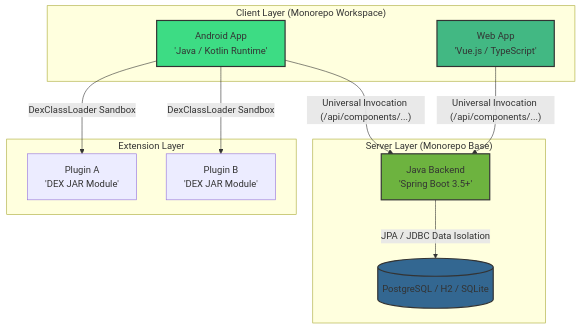
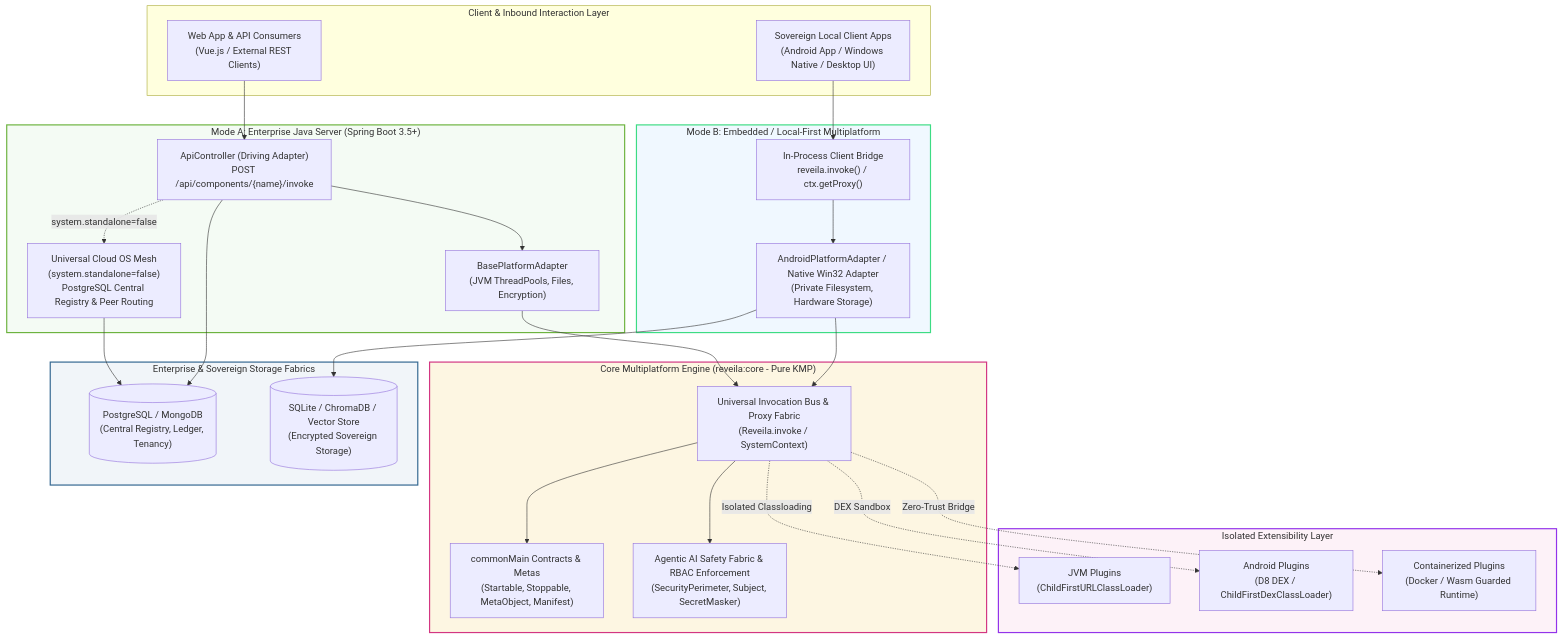
Before and after one commit to cc2lee/Reveila: the diagram in README.md, drawn with Mermaid. The commit also changed other lines of this file, not shown here.

````diff
--- a/README.md
+++ b/README.md
@@ -36,33 +59,63 @@
 ```mermaid
 graph TB
-    subgraph Clients ["Client Layer (Monorepo Workspace)"]
-        AndroidApp[Android App<br/>'Java / Kotlin Runtime']
-        WebApp[Web App<br/>'Vue.js / TypeScript']
+    subgraph Clients ["Client & Inbound Interaction Layer"]
+        WebApp["Web App & API Consumers<br/>(Vue.js / External REST Clients)"]
+        NativeApp["Sovereign Local Client Apps<br/>(Android App / Windows Native / Desktop UI)"]
     end
 
-    subgraph Backend ["Server Layer (Monorepo Base)"]
-        JavaAPI[Java Backend<br/>'Spring Boot 3.5+']
-        DB[(PostgreSQL / H2 / SQLite)]
+    subgraph ServerMode ["Mode A: Enterprise Java Server (Spring Boot 3.5+)"]
+        ApiController["ApiController (Driving Adapter)<br/>POST /api/components/{name}/invoke"]
+        BaseAdapter["BasePlatformAdapter<br/>(JVM ThreadPools, Files, Encryption)"]
+        ClusterMesh["Universal Cloud OS Mesh<br/>(system.standalone=false)<br/>PostgreSQL Central Registry & Peer Routing"]
     end
 
-    subgraph Plugins ["Extension Layer"]
-        PluginA[Plugin A<br/>'DEX JAR Module']
-        PluginB[Plugin B<br/>'DEX JAR Module']
+    subgraph LocalMode ["Mode B: Embedded / Local-First Multiplatform"]
+        InProcessBridge["In-Process Client Bridge<br/>reveila.invoke() / ctx.getProxy()"]
+        NativeAdapter["AndroidPlatformAdapter / Native Win32 Adapter<br/>(Private Filesystem, Hardware Storage)"]
     end
 
-    %% Interaction Paths
-    AndroidApp -- "Universal Invocation (/api/components/...)" --> JavaAPI
-    WebApp -- "Universal Invocation (/api/components/...)" --> JavaAPI
-    JavaAPI -- "JPA / JDBC Data Isolation" --> DB
+    subgraph CoreEngine ["Core Multiplatform Engine (reveila:core - Pure KMP)"]
+        InvocationBus["Universal Invocation Bus & Proxy Fabric<br/>(Reveila.invoke / SystemContext)"]
+        KMPCommon["commonMain Contracts & Metas<br/>(Startable, Stoppable, MetaObject, Manifest)"]
+        SafetyFabric["Agentic AI Safety Fabric & RBAC Enforcement<br/>(SecurityPerimeter, Subject, SecretMasker)"]
+    end
 
-    %% Dynamic Isolation Loading
-    AndroidApp -- "DexClassLoader Sandbox" --> PluginA
-    AndroidApp -- "DexClassLoader Sandbox" --> PluginB
+    subgraph Extensions ["Isolated Extensibility Layer"]
+        JvmPlugin["JVM Plugins<br/>(ChildFirstURLClassLoader)"]
+        AndroidPlugin["Android Plugins<br/>(D8 DEX / ChildFirstDexClassLoader)"]
+        SandboxPlugin["Containerized Plugins<br/>(Docker / Wasm Guarded Runtime)"]
+    end
 
-    %% Visual Profiles
-    style AndroidApp fill:#3DDC84,stroke:#333,stroke-width:2px
-    style WebApp fill:#42b883,stroke:#333,stroke-width:2px
-    style JavaAPI fill:#6DB33F,stroke:#333,stroke-width:2px
-    style DB fill:#336791,stroke:#333,stroke-width:2px
+    subgraph Storage ["Enterprise & Sovereign Storage Fabrics"]
+        CloudDB[("PostgreSQL / MongoDB<br/>(Central Registry, Ledger, Tenancy)")]
+        LocalDB[("SQLite / ChromaDB / Vector Store<br/>(Encrypted Sovereign Storage)")]
+    end
 
+    %% Wiring & Invocations
+    WebApp --> ApiController
+    ApiController --> BaseAdapter
+    BaseAdapter --> InvocationBus
+    ApiController -. "system.standalone=false" .-> ClusterMesh
+    ClusterMesh --> CloudDB
+
+    NativeApp --> InProcessBridge
+    InProcessBridge --> NativeAdapter
+    NativeAdapter --> InvocationBus
+
+    InvocationBus --> KMPCommon
+    InvocationBus --> SafetyFabric
+
+    InvocationBus -. "Isolated Classloading" .-> JvmPlugin
+    InvocationBus -. "DEX Sandbox" .-> AndroidPlugin
+    InvocationBus -. "Zero-Trust Bridge" .-> SandboxPlugin
+
+    ApiController --> CloudDB
+    NativeAdapter --> LocalDB
+
+    %% Visual Styling
+    style ServerMode fill:#f4fbf4,stroke:#6DB33F,stroke-width:2px
+    style LocalMode fill:#f0f8ff,stroke:#3DDC84,stroke-width:2px
+    style CoreEngine fill:#fdf6e2,stroke:#d33682,stroke-width:2px
+    style Extensions fill:#fdf2f8,stroke:#9333ea,stroke-width:2px
+    style Storage fill:#f1f5f9,stroke:#336791,stroke-width:2px
 ```
````
